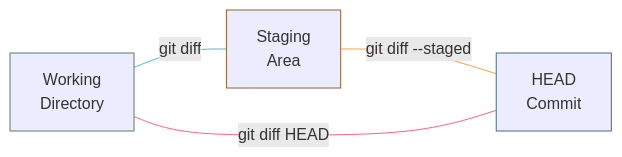
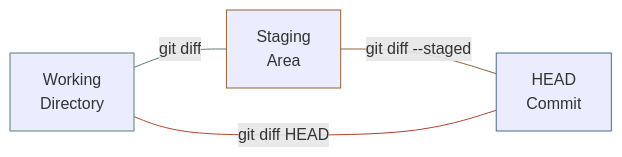
Before and after one commit to chkimsu/adtech-blog: the third of 13 diagrams in posts/git-practical-guide.md, drawn with Mermaid. The commit also changed other lines of this file and 6 other files, not shown here.

````diff
--- a/posts/git-practical-guide.md
+++ b/posts/git-practical-guide.md
@@ -194,14 +212,14 @@
 ```mermaid
 graph LR
     WD["Working<br/>Directory"] ---|"git diff"| SA["Staging<br/>Area"]
     SA ---|"git diff --staged"| HC["HEAD<br/>Commit"]
     WD ---|"git diff HEAD"| HC
 
     style WD stroke:#5b7d6a
     style SA stroke:#8f6231
     style HC stroke:#4a6b8a
 
-    linkStyle 0 stroke:#4bc0c0
-    linkStyle 1 stroke:#ff9f40
-    linkStyle 2 stroke:#ff6384
+    linkStyle 0 stroke:#5b7d6a
+    linkStyle 1 stroke:#8f6231
+    linkStyle 2 stroke:#b0442c
 ```
````
